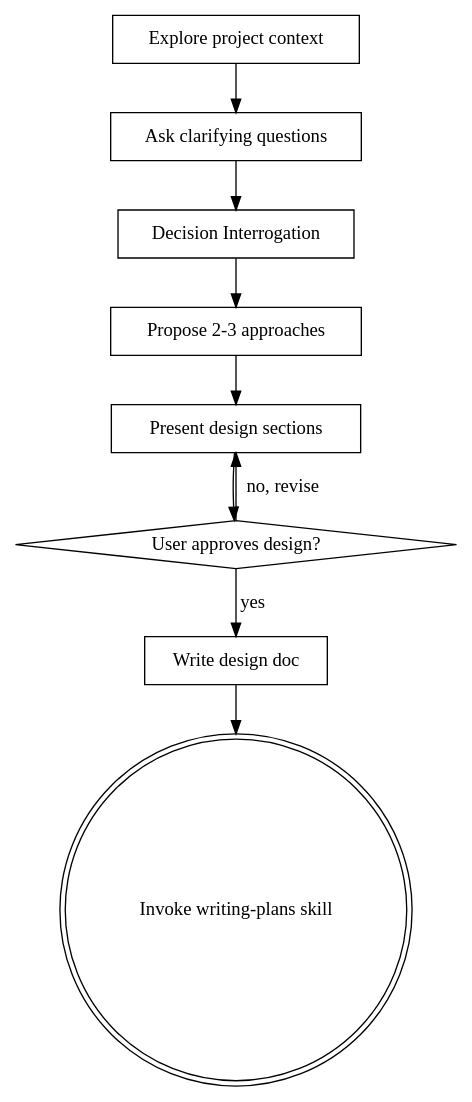
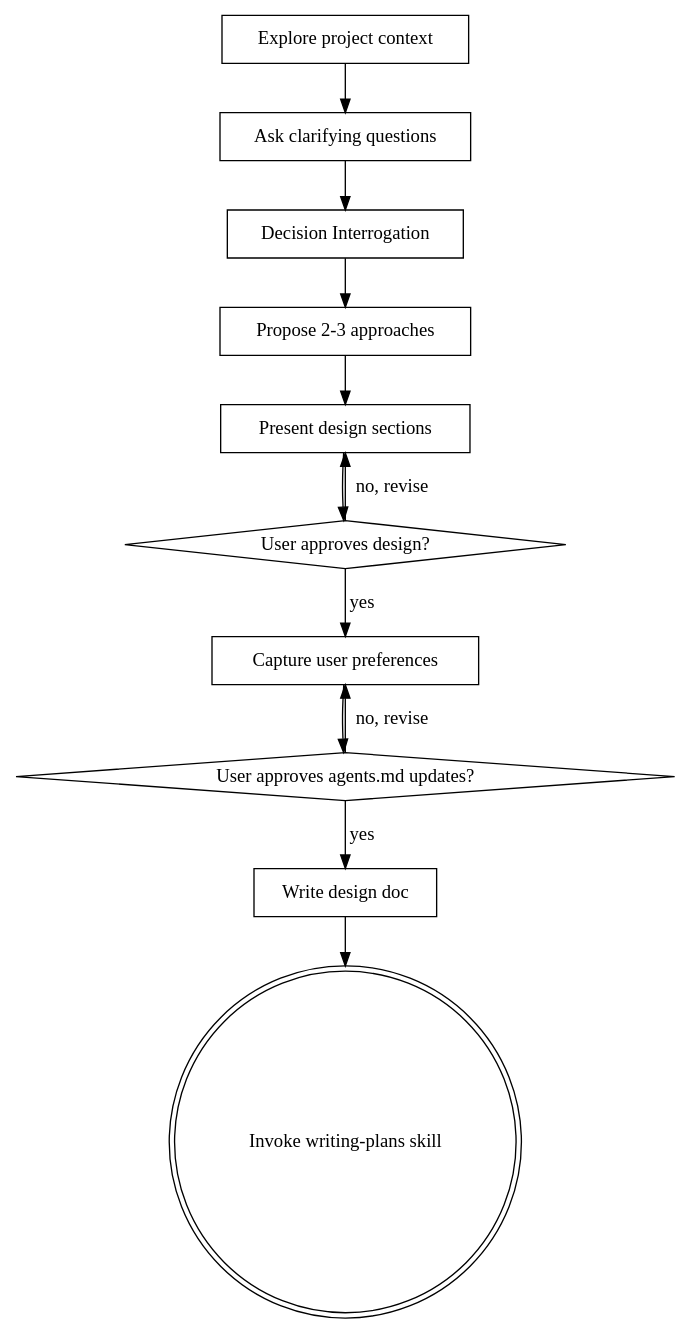
Before and after one commit to aaryan-rampal/superpowers: the diagram in skills/brainstorming/SKILL.md, drawn with Graphviz. The commit also changed other lines of this file, not shown here.

Commit message:
incremental agents.md update

````diff
--- a/skills/brainstorming/SKILL.md
+++ b/skills/brainstorming/SKILL.md
@@ -36,21 +37,26 @@
 ```dot
 digraph brainstorming {
     "Explore project context" [shape=box];
     "Ask clarifying questions" [shape=box];
     "Decision Interrogation" [shape=box];
     "Propose 2-3 approaches" [shape=box];
     "Present design sections" [shape=box];
     "User approves design?" [shape=diamond];
+    "Capture user preferences" [shape=box];
+    "User approves agents.md updates?" [shape=diamond];
     "Write design doc" [shape=box];
     "Invoke writing-plans skill" [shape=doublecircle];
 
     "Explore project context" -> "Ask clarifying questions";
     "Ask clarifying questions" -> "Decision Interrogation";
     "Decision Interrogation" -> "Propose 2-3 approaches";
     "Propose 2-3 approaches" -> "Present design sections";
     "Present design sections" -> "User approves design?";
     "User approves design?" -> "Present design sections" [label="no, revise"];
-    "User approves design?" -> "Write design doc" [label="yes"];
+    "User approves design?" -> "Capture user preferences" [label="yes"];
+    "Capture user preferences" -> "User approves agents.md updates?";
+    "User approves agents.md updates?" -> "Capture user preferences" [label="no, revise"];
+    "User approves agents.md updates?" -> "Write design doc" [label="yes"];
     "Write design doc" -> "Invoke writing-plans skill";
 }
 ```
````
